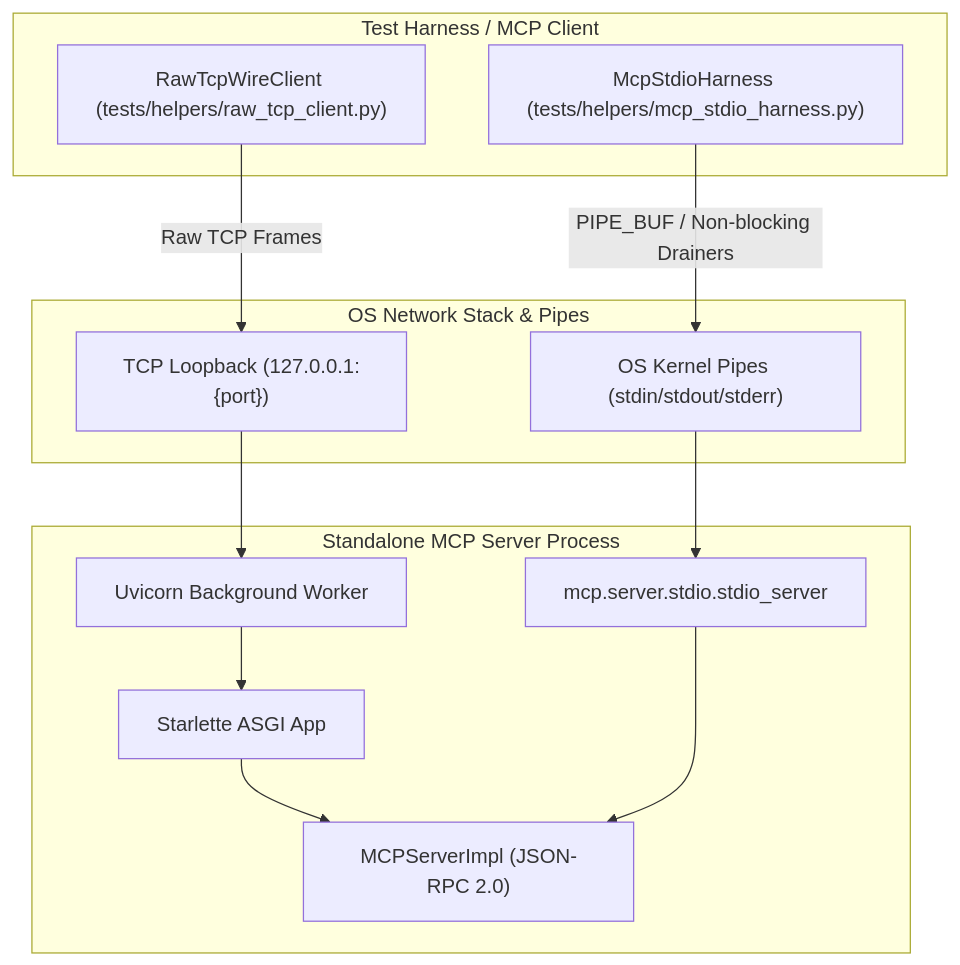
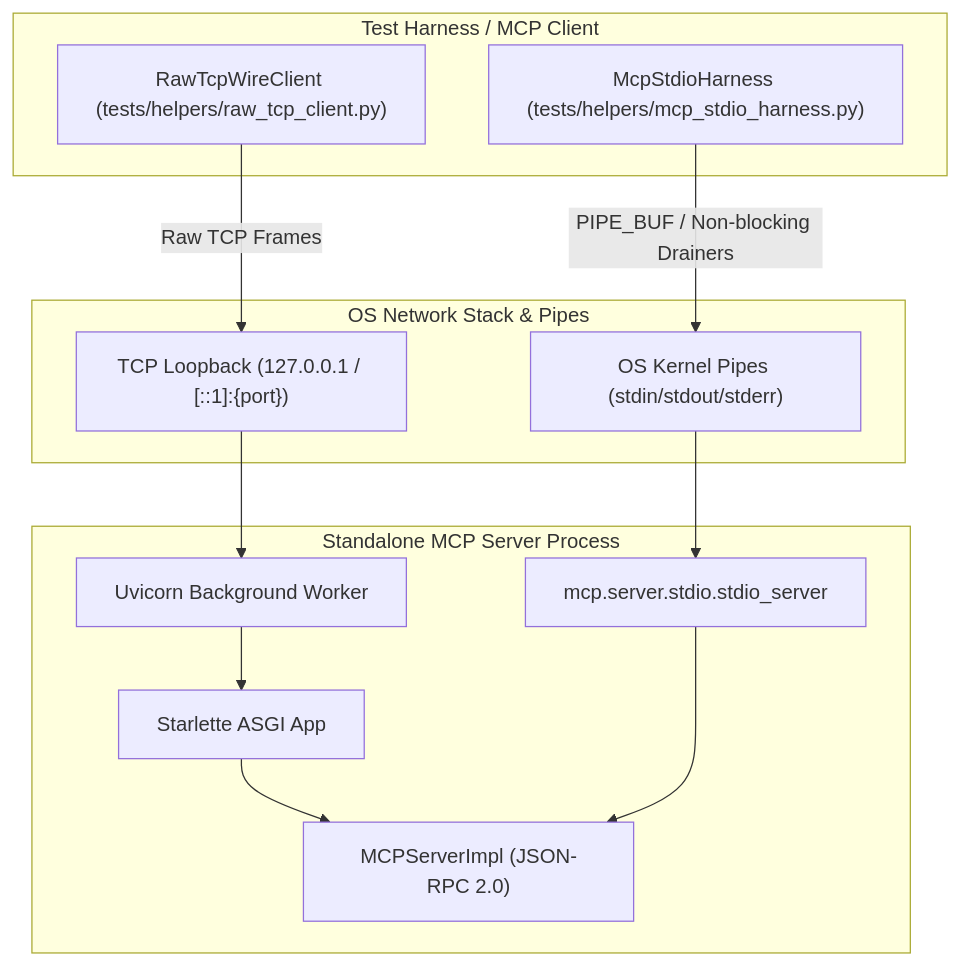
One commit to koctep/pypost changed the diagram in doc/dev/mcp_standalone_wire_ipc_stress.md. Above: the diagram before and after it, drawn with Mermaid. The commit also changed other lines of this file and 9 other files, not shown here.

````diff
--- a/doc/dev/mcp_standalone_wire_ipc_stress.md
+++ b/doc/dev/mcp_standalone_wire_ipc_stress.md
@@ -40,28 +46,28 @@
 ```mermaid
 flowchart TD
     subgraph ClientHarness["Test Harness / MCP Client"]
         WireClient["RawTcpWireClient (tests/helpers/raw_tcp_client.py)"]
         StdioHarness["McpStdioHarness (tests/helpers/mcp_stdio_harness.py)"]
     end
 
     subgraph NetworkStack["OS Network Stack & Pipes"]
-        Loopback["TCP Loopback (127.0.0.1:{port})"]
+        Loopback["TCP Loopback (127.0.0.1 / [::1]:{port})"]
         Pipes["OS Kernel Pipes (stdin/stdout/stderr)"]
     end
 
     subgraph StandaloneServer["Standalone MCP Server Process"]
         Uvicorn["Uvicorn Background Worker"]
         Starlette["Starlette ASGI App"]
         StdioServer["mcp.server.stdio.stdio_server"]
         ServerImpl["MCPServerImpl (JSON-RPC 2.0)"]
     end
 
     WireClient -->|Raw TCP Frames| Loopback
     Loopback --> Uvicorn
     Uvicorn --> Starlette
     Starlette --> ServerImpl
 
     StdioHarness -->|PIPE_BUF / Non-blocking Drainers| Pipes
     Pipes --> StdioServer
     StdioServer --> ServerImpl
 ```
````
